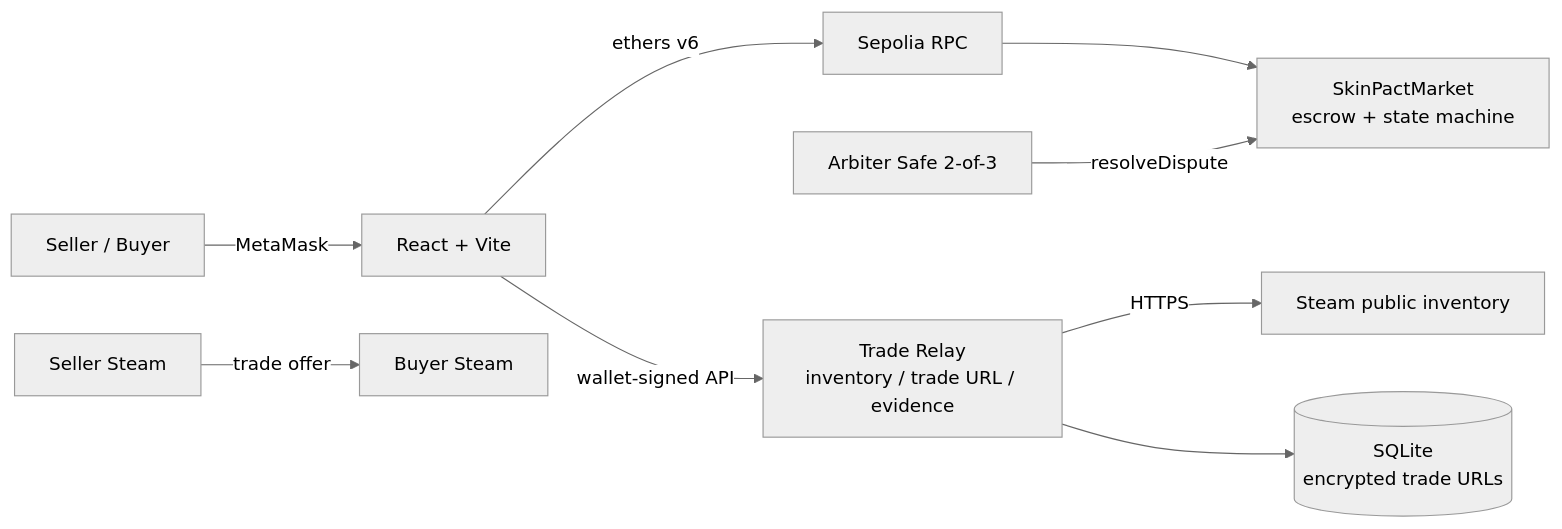
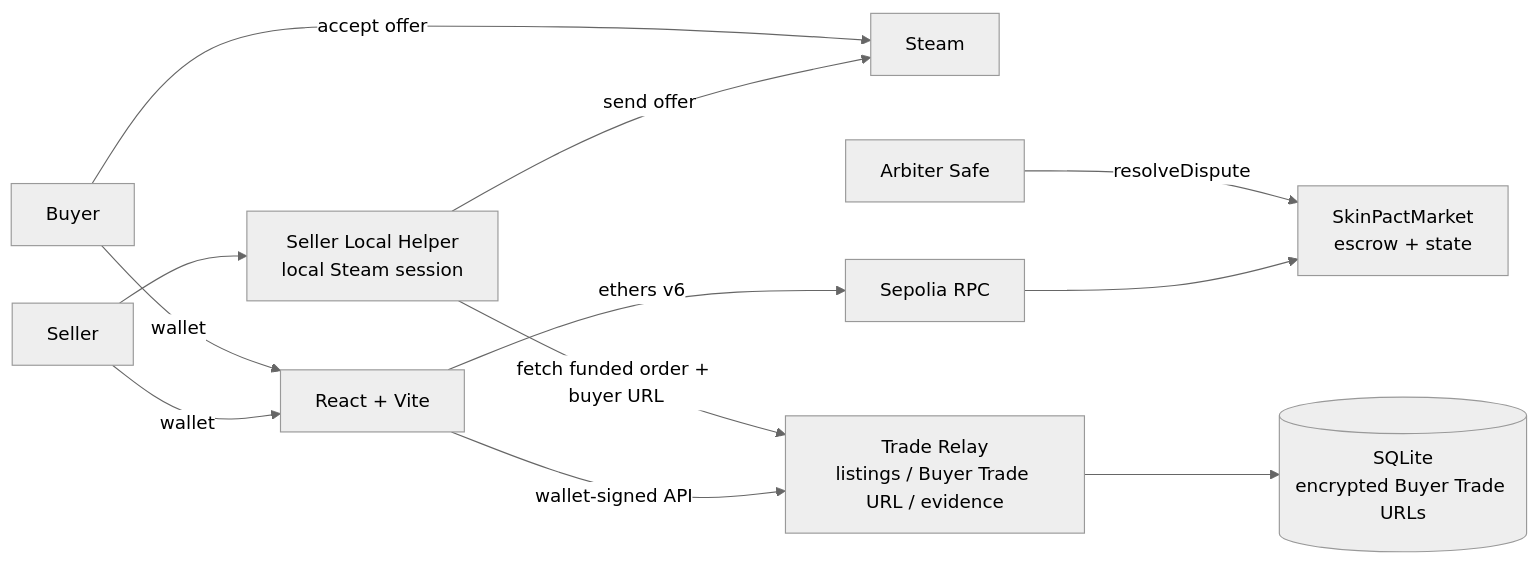
Before and after one commit to identity411/dapps: the second of 2 diagrams in specs/2026-11-01-dapp-project-mvp-spec.md, drawn with Mermaid (neutral theme). The commit also changed other lines of this file, not shown here.

````diff
--- a/specs/2026-11-01-dapp-project-mvp-spec.md
+++ b/specs/2026-11-01-dapp-project-mvp-spec.md
@@ -137,11 +188,14 @@
 ```mermaid
 flowchart LR
-  U[Seller / Buyer] -->|MetaMask| FE[React + Vite]
+  S[Seller] --> H[Seller Local Helper<br/>local Steam session]
+  H -->|send offer| ST[Steam]
+  B[Buyer] -->|accept offer| ST
+  S -->|wallet| FE[React + Vite]
+  B -->|wallet| FE
   FE -->|ethers v6| RPC[Sepolia RPC]
-  RPC --> MK[SkinPactMarket<br/>escrow + state machine]
-  FE -->|wallet-signed API| RL[Trade Relay<br/>inventory / trade URL / evidence]
-  RL -->|HTTPS| ST[Steam public inventory]
-  A[Seller Steam] -->|trade offer| B[Buyer Steam]
-  ARB[Arbiter Safe 2-of-3] -->|resolveDispute| MK
-  RL --> DB[(SQLite<br/>encrypted trade URLs)]
+  RPC --> MK[SkinPactMarket<br/>escrow + state]
+  FE -->|wallet-signed API| RL[Trade Relay<br/>listings / Buyer Trade URL / evidence]
+  H -->|fetch funded order + buyer URL| RL
+  A[Arbiter Safe] -->|resolveDispute| MK
+  RL --> DB[(SQLite<br/>encrypted Buyer Trade URLs)]
 ```
````
